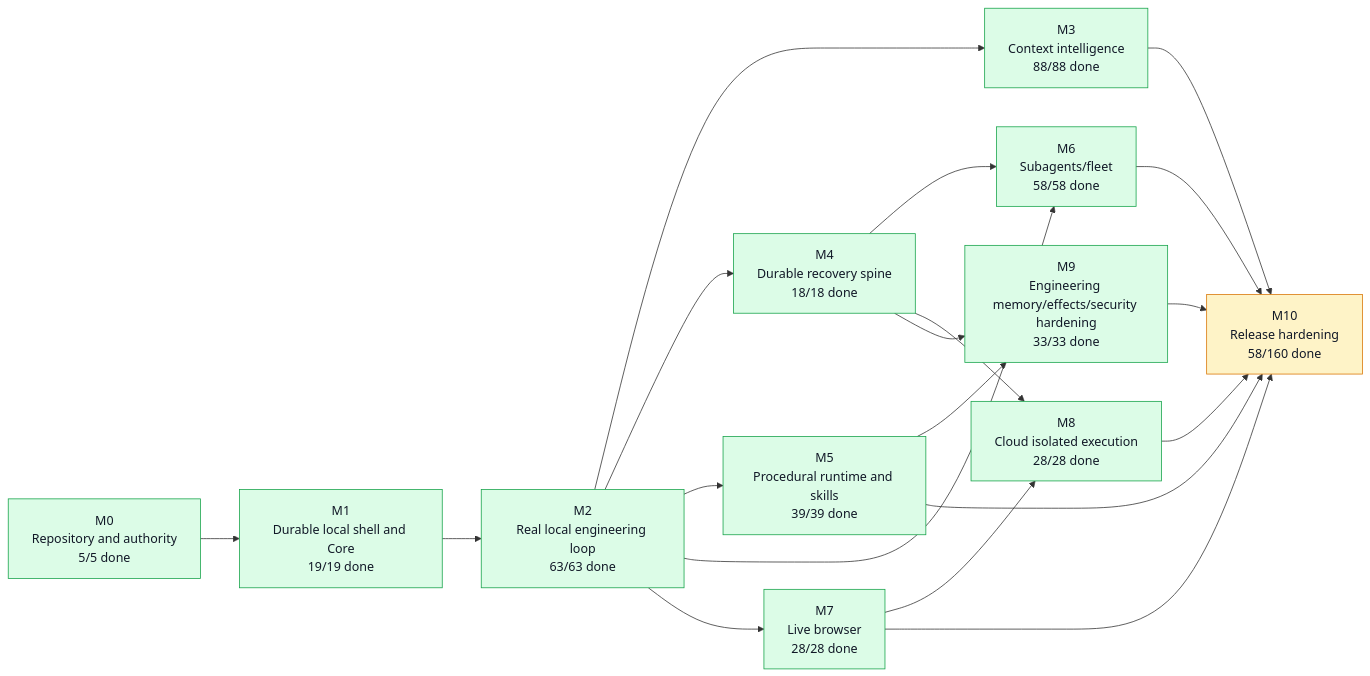
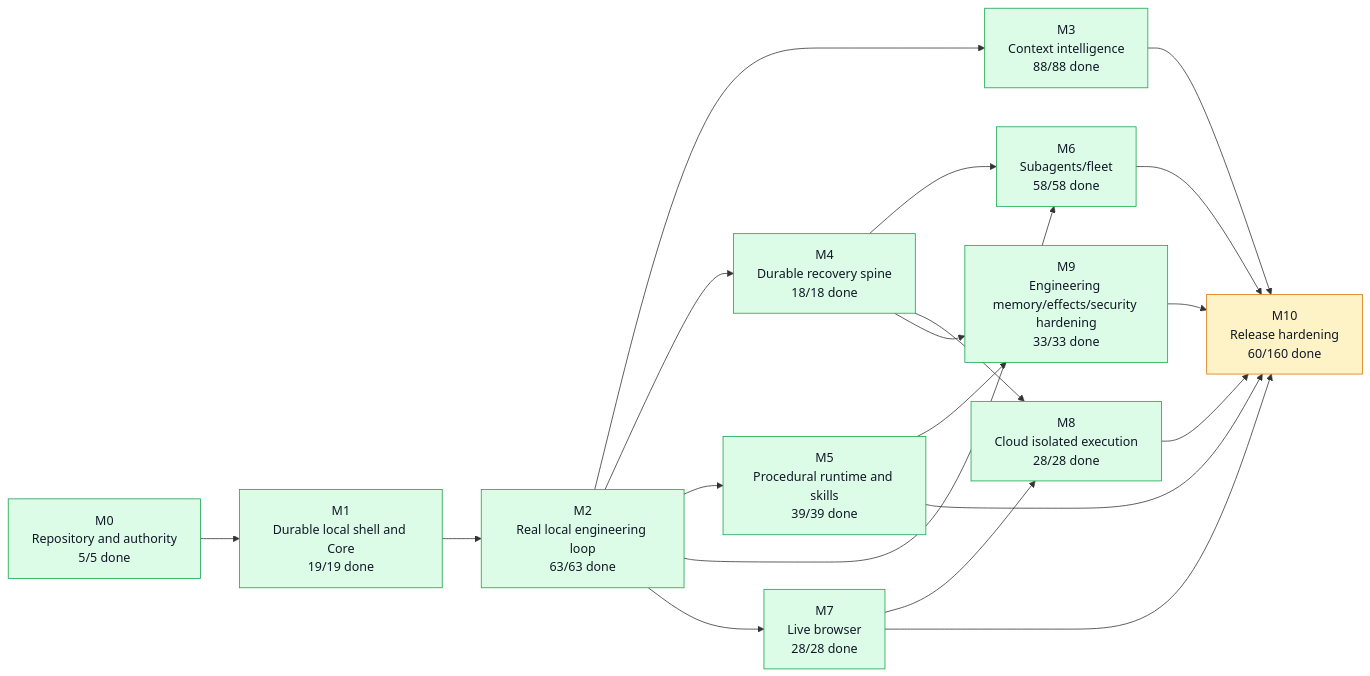
One commit to moss101/modbit changed the first of 5 diagrams in graph/PROJECT_GRAPH.md. Above: the diagram before and after it, drawn with Mermaid. The commit also changed other lines of this file and 7 other files, not shown here.

````diff
--- a/graph/PROJECT_GRAPH.md
+++ b/graph/PROJECT_GRAPH.md
@@ -57,43 +57,43 @@
 ```mermaid
 flowchart LR
   M0["M0<br/>Repository and authority<br/>5/5 done"]
   M1["M1<br/>Durable local shell and Core<br/>19/19 done"]
   M2["M2<br/>Real local engineering loop<br/>63/63 done"]
   M3["M3<br/>Context intelligence<br/>88/88 done"]
   M4["M4<br/>Durable recovery spine<br/>18/18 done"]
   M5["M5<br/>Procedural runtime and skills<br/>39/39 done"]
   M6["M6<br/>Subagents/fleet<br/>58/58 done"]
   M7["M7<br/>Live browser<br/>28/28 done"]
   M8["M8<br/>Cloud isolated execution<br/>28/28 done"]
   M9["M9<br/>Engineering memory/effects/security hardening<br/>33/33 done"]
-  M10["M10<br/>Release hardening<br/>58/160 done"]
+  M10["M10<br/>Release hardening<br/>60/160 done"]
   M0 --> M1
   M1 --> M2
   M2 --> M3
   M2 --> M4
   M2 --> M5
   M2 --> M6
   M4 --> M6
   M2 --> M7
   M4 --> M8
   M7 --> M8
   M4 --> M9
   M5 --> M9
   M3 --> M10
   M5 --> M10
   M6 --> M10
   M7 --> M10
   M8 --> M10
   M9 --> M10
   style M0 fill:#dcfce7,stroke:#16a34a,color:#111827
   style M1 fill:#dcfce7,stroke:#16a34a,color:#111827
   style M2 fill:#dcfce7,stroke:#16a34a,color:#111827
   style M3 fill:#dcfce7,stroke:#16a34a,color:#111827
   style M4 fill:#dcfce7,stroke:#16a34a,color:#111827
   style M5 fill:#dcfce7,stroke:#16a34a,color:#111827
   style M6 fill:#dcfce7,stroke:#16a34a,color:#111827
   style M7 fill:#dcfce7,stroke:#16a34a,color:#111827
   style M8 fill:#dcfce7,stroke:#16a34a,color:#111827
   style M9 fill:#dcfce7,stroke:#16a34a,color:#111827
   style M10 fill:#fef3c7,stroke:#d97706,color:#111827
 ```
````
